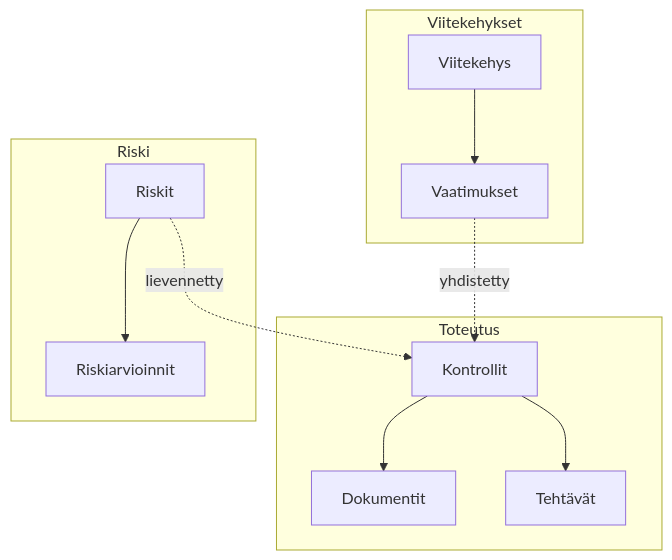
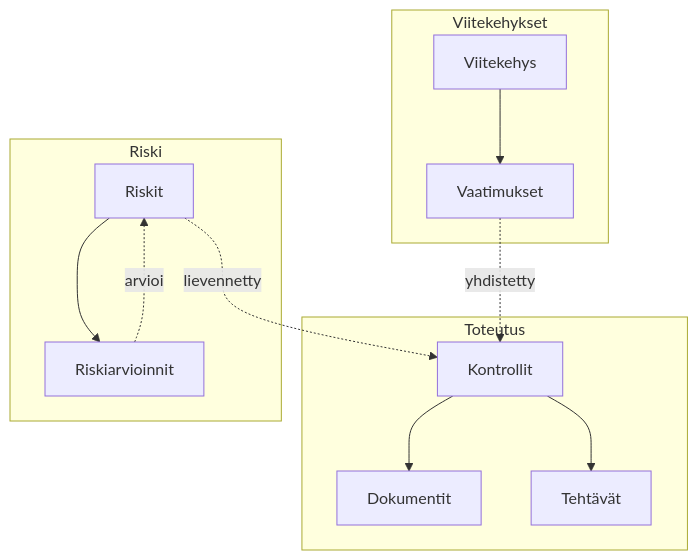
One commit to tekve/gover-docs changed the diagram in i18n/fi/docusaurus-plugin-content-docs/current/getting-started/key-concepts.md. Above: the diagram before and after it, drawn with Mermaid. The commit also changed 1 other file, not shown here.

Commit message:
Fix mermaid diagram: risk assessment evaluates risk

````diff
--- a/i18n/fi/docusaurus-plugin-content-docs/current/getting-started/key-concepts.md
+++ b/i18n/fi/docusaurus-plugin-content-docs/current/getting-started/key-concepts.md
@@ -11,15 +11,16 @@
 ```mermaid
 flowchart TB
     subgraph Viitekehykset
         F[Viitekehys] --> R[Vaatimukset]
     end
     subgraph Toteutus
         C[Kontrollit] --> D[Dokumentit]
         C --> T[Tehtävät]
     end
     subgraph Riski
         RI[Riskit] --> RA[Riskiarvioinnit]
     end
     R -.->|yhdistetty| C
     RI -.->|lievennetty| C
+    RA -.->|arvioi| RI
 ```
````
